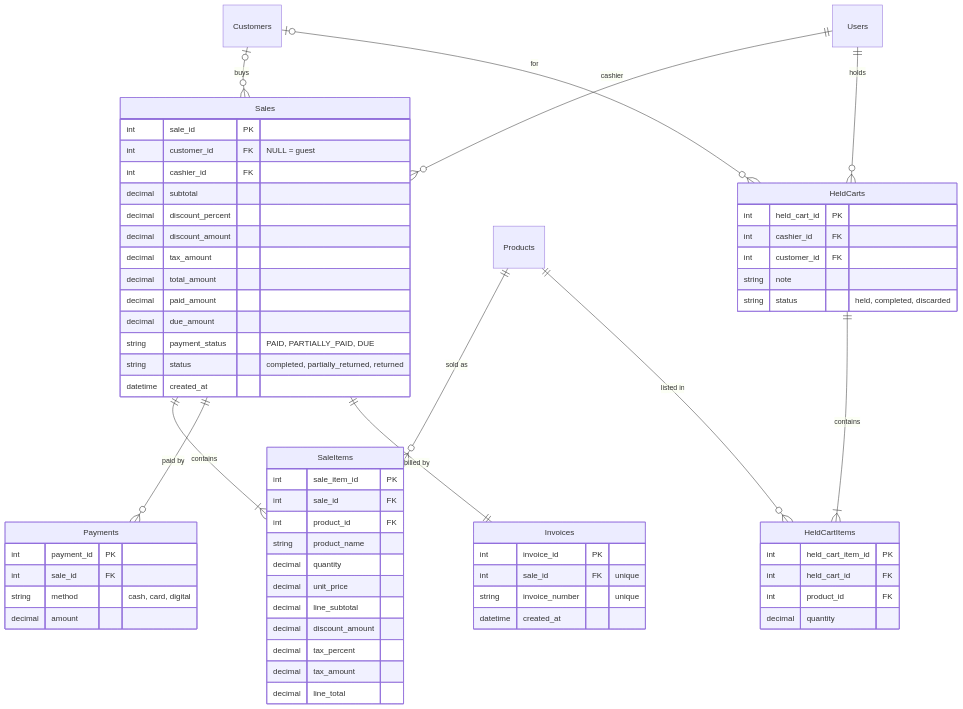
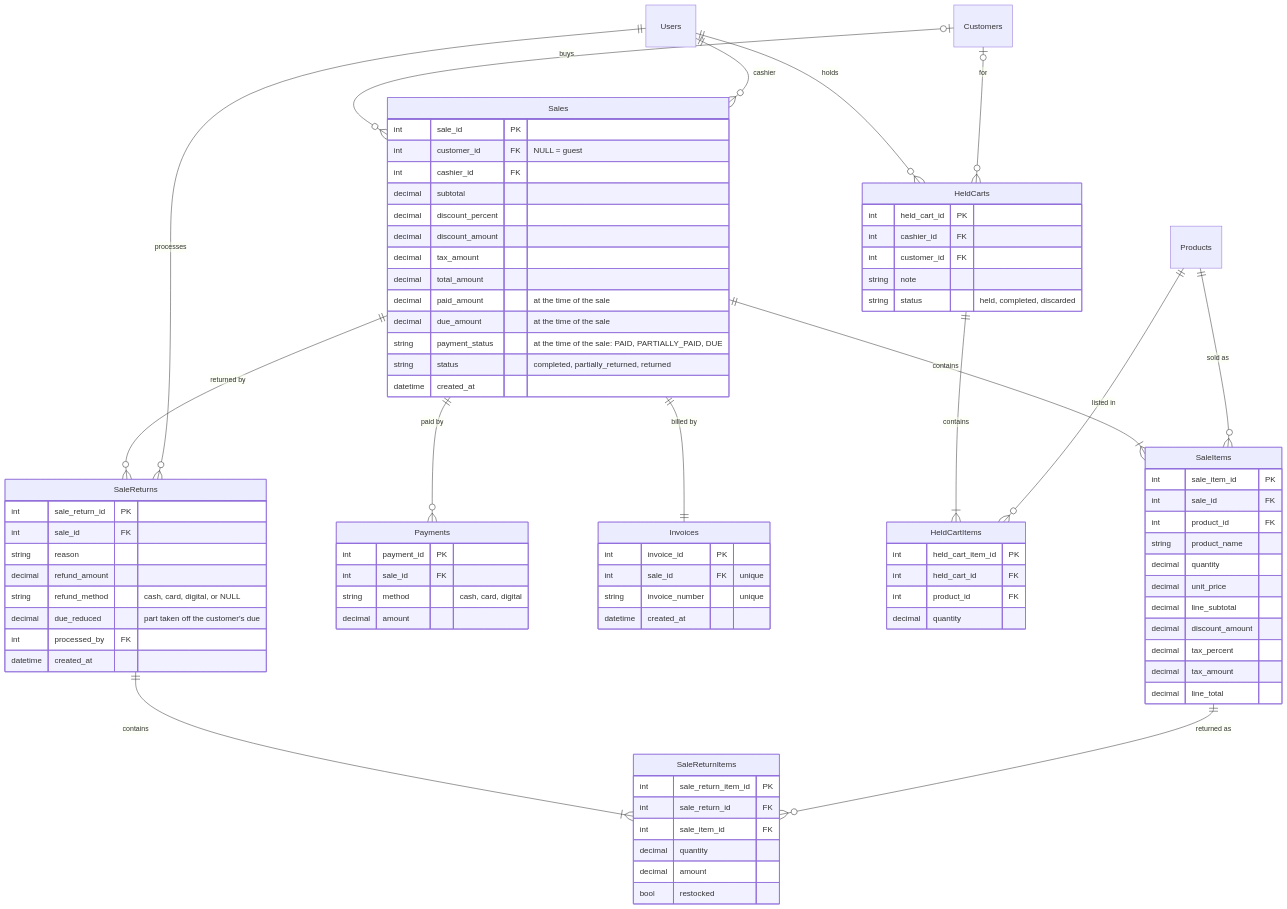
Before and after one commit to sidratul-m00ntaha/smart-retail-pos: the diagram in docs/database/module-5-sales.md, drawn with Mermaid. The commit also changed other lines of this file, not shown here.

Commit message:
Document current paid/due on the Sales list and returns

````diff
--- a/docs/database/module-5-sales.md
+++ b/docs/database/module-5-sales.md
@@ -24,6 +25,10 @@
     Customers |o--o{ HeldCarts : "for"
     HeldCarts ||--|{ HeldCartItems : "contains"
     Products ||--o{ HeldCartItems : "listed in"
+    Sales ||--o{ SaleReturns : "returned by"
+    Users ||--o{ SaleReturns : "processes"
+    SaleReturns ||--|{ SaleReturnItems : "contains"
+    SaleItems ||--o{ SaleReturnItems : "returned as"
 
     Sales {
         int sale_id PK
@@ -34,9 +39,9 @@
         decimal discount_amount
         decimal tax_amount
         decimal total_amount
-        decimal paid_amount
-        decimal due_amount
-        string payment_status "PAID, PARTIALLY_PAID, DUE"
+        decimal paid_amount "at the time of the sale"
+        decimal due_amount "at the time of the sale"
+        string payment_status "at the time of the sale: PAID, PARTIALLY_PAID, DUE"
         string status "completed, partially_returned, returned"
         datetime created_at
     }
@@ -83,4 +88,24 @@
         int product_id FK
         decimal quantity
     }
+
+    SaleReturns {
+        int sale_return_id PK
+        int sale_id FK
+        string reason
+        decimal refund_amount
+        string refund_method "cash, card, digital, or NULL"
+        decimal due_reduced "part taken off the customer's due"
+        int processed_by FK
+        datetime created_at
+    }
+
+    SaleReturnItems {
+        int sale_return_item_id PK
+        int sale_return_id FK
+        int sale_item_id FK
+        decimal quantity
+        decimal amount
+        bool restocked
+    }
 ```
````
